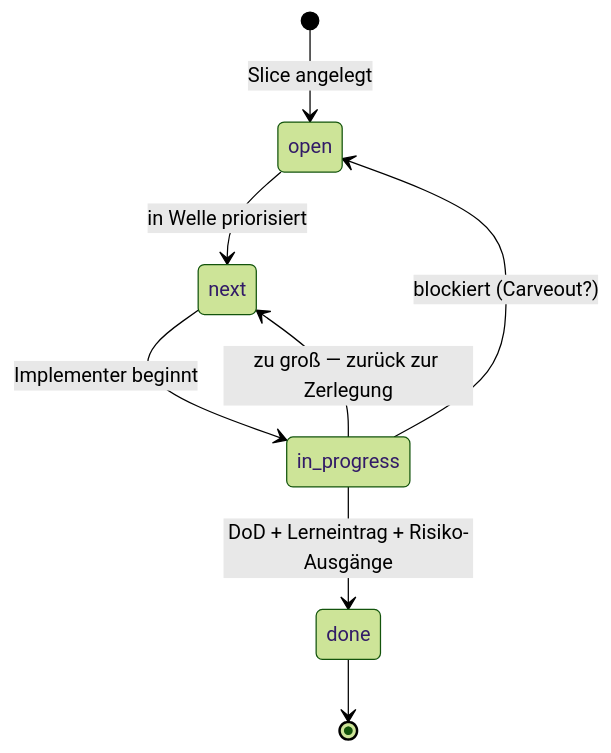
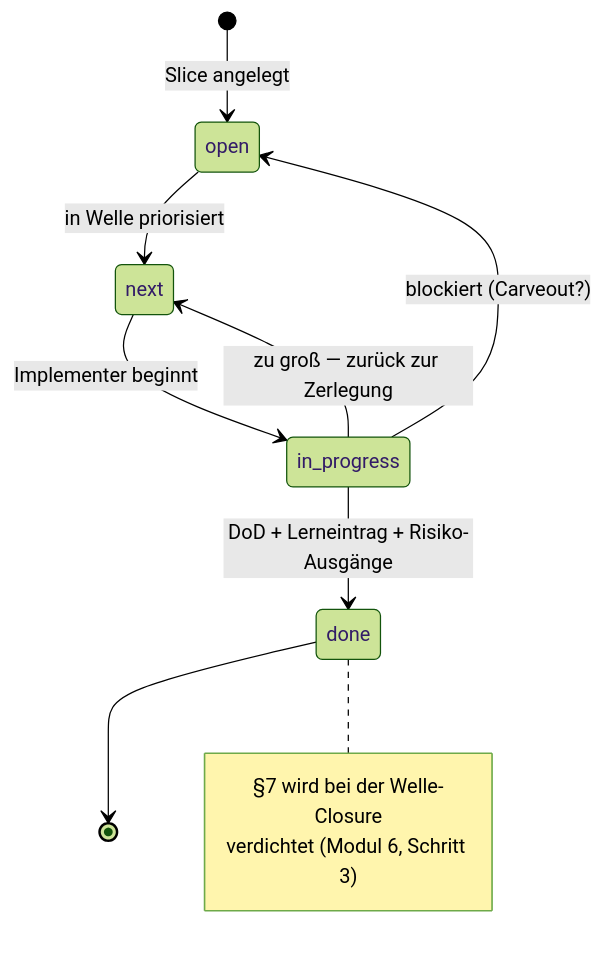
Before and after one commit to pt9912/ai-harness-course: the diagram in kurs/de/02-planung/modul-05-planning-harness.md, drawn with Mermaid (forest theme). The commit also changed other lines of this file and 6 other files, not shown here.

````diff
--- a/kurs/de/02-planung/modul-05-planning-harness.md
+++ b/kurs/de/02-planung/modul-05-planning-harness.md
@@ -41,10 +41,14 @@
 ```mermaid
 stateDiagram-v2
     [*] --> open: Slice angelegt
     open --> next: in Welle priorisiert
     next --> in_progress: Implementer beginnt
     in_progress --> done: DoD + Lerneintrag + Risiko-Ausgänge
     in_progress --> next: zu groß — zurück zur Zerlegung
     in_progress --> open: blockiert (Carveout?)
     done --> [*]
+    note right of done
+        §7 wird bei der Welle-Closure
+        verdichtet (Modul 6, Schritt 3)
+    end note
 ```
````
